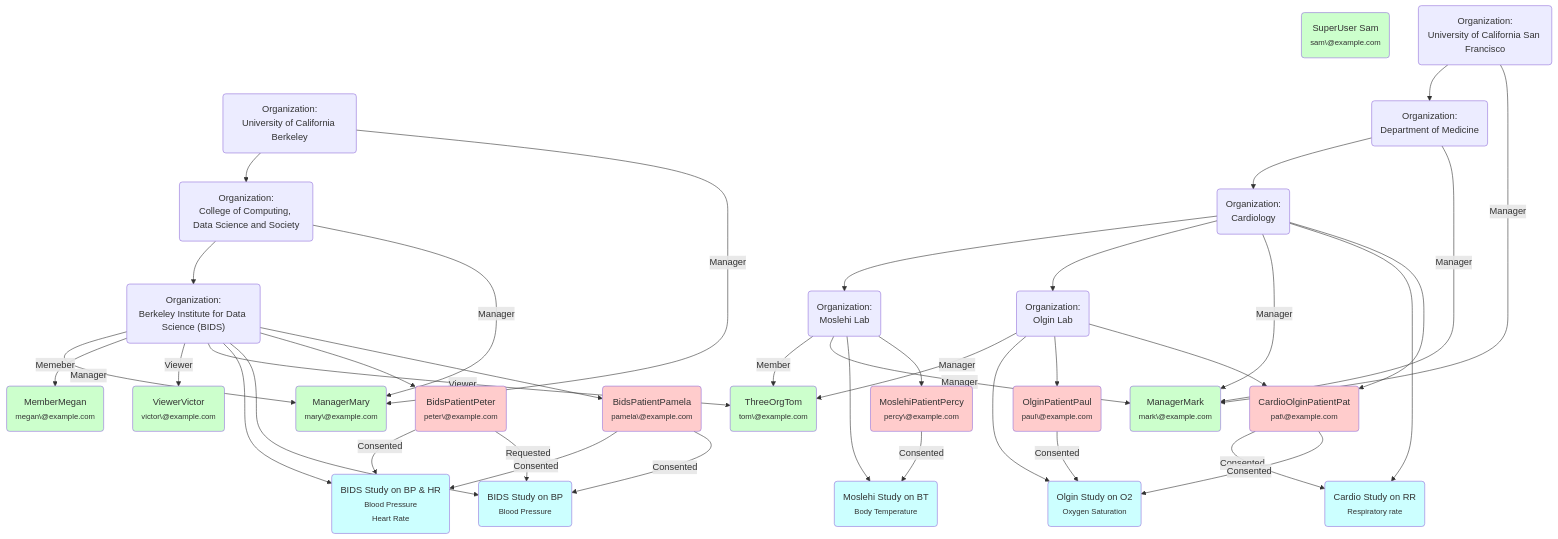
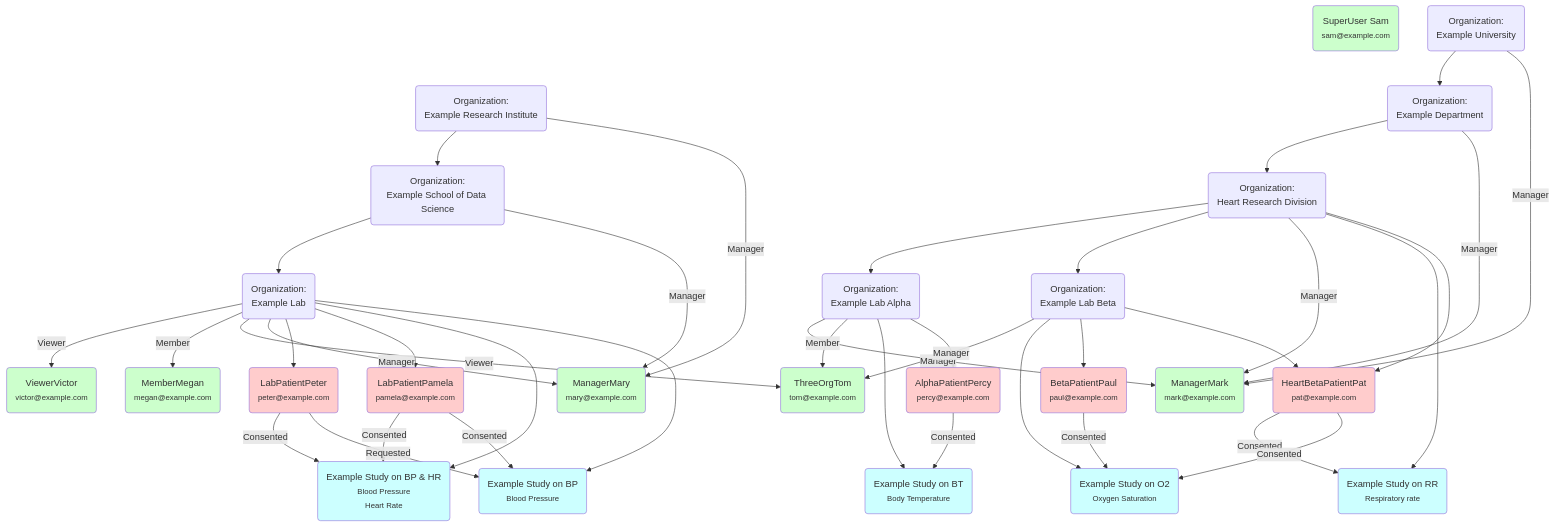
One commit to jupyterhealth/jupyterhealth-exchange changed the first of 2 diagrams in README.md. Above: the diagram before and after it, drawn with Mermaid. The commit also changed other lines of this file and 1 other file, not shown here.

Commit message:
docs: update README test data diagram to match updated seed (#341)
* docs: update mermaid diagram and references to match updated seed data

- Replace old university/institute names with example names in diagram
- Update org hierarchy, study names, and patient labels
- Fix 'Memeber' typo to 'Member'
- Remove backslash escaping on @ in email addresses
- Restructure diagram for improved layout and readability
- Update Iglu Test Data and Test Procedure sections

Closes #317

* [pre-commit.ci] auto fixes from pre-commit.com hooks

for more information, see https://pre-commit.ci

---------

````diff
--- a/README.md
+++ b/README.md
@@ -179,75 +179,101 @@
 ```mermaid
+---
+config:
+  flowchart:
+    nodeSpacing: 50
+    rankSpacing: 60
+---
 flowchart TD
-    sam("SuperUser Sam<br/><small>sam\@example.com</small>")
+    %% node definitions
+    sam("SuperUser Sam<br/><small>sam@example.com</small>")
+    eri("Organization:<br/>Example Research Institute")
+    esds("Organization:<br/>Example School of Data Science")
+    eglab("Organization:<br/>Example Lab")
+    victor("ViewerVictor<br/><small>victor@example.com</small>")
+    megan("MemberMegan<br/><small>megan@example.com</small>")
+    mary("ManagerMary<br/><small>mary@example.com</small>")
+    tom("ThreeOrgTom<br/><small>tom@example.com</small>")
+    exStudyOnBPHR("Example Study on BP & HR<br/><small>Blood Pressure<br/>Heart Rate</small>")
+    exStudyOnBP("Example Study on BP<br/><small>Blood Pressure</small>")
+    peter("LabPatientPeter<br/><small>peter@example.com</small>")
+    pamela("LabPatientPamela<br/><small>pamela@example.com</small>")
+    eguni("Organization:<br/>Example University")
+    med("Organization:<br/>Example Department")
+    cardio("Organization:<br/>Heart Research Division")
+    mosl("Organization:<br/>Example Lab Alpha")
+    beta("Organization:<br/>Example Lab Beta")
+    mark("ManagerMark<br/><small>mark@example.com</small>")
+    exStudyOnRR("Example Study on RR<br/><small>Respiratory rate</small>")
+    exStudyOnBT("Example Study on BT<br/><small>Body Temperature</small>")
+    exStudyOnO2("Example Study on O2<br/><small>Oxygen Saturation</small>")
+    percy("AlphaPatientPercy<br/><small>percy@example.com</small>")
+    paul("BetaPatientPaul<br/><small>paul@example.com</small>")
+    pat("HeartBetaPatientPat<br/><small>pat@example.com</small>")
+
+    %% styles
     style sam fill:#CFC
+    style mary fill:#CFC
+    style megan fill:#CFC
+    style victor fill:#CFC
+    style tom fill:#CFC
+    style mark fill:#CFC
+    style exStudyOnBPHR fill:#CFF
+    style exStudyOnBP fill:#CFF
+    style exStudyOnRR fill:#CFF
+    style exStudyOnBT fill:#CFF
+    style exStudyOnO2 fill:#CFF
+    style peter fill:#FCC
+    style pamela fill:#FCC
+    style percy fill:#FCC
+    style paul fill:#FCC
+    style pat fill:#FCC
 
-    %% berkeley
-    ucb("Organization:<br/>University of California Berkeley") --> ccdss("Organization:<br/>College of Computing, Data Science and Society")
-    ccdss --> bids("Organization:<br/>Berkeley Institute for Data Science (BIDS)")
+    %% example institute org hierarchy
+    eri --> esds
+    esds --> eglab
 
-    %% berkeley users
-    ucb --Manager--> mary("ManagerMary<br/><small>mary\@example.com</small>")
-    style mary fill:#CFC
-    ccdss --Manager--> mary
-    bids --Manager--> mary
-    bids --Memeber--> megan("MemberMegan<br/><small>megan\@example.com</small>")
-    style megan fill:#CFC
-    bids --Viewer--> victor("ViewerVictor<br/><small>victor\@example.com</small>")
-    style victor fill:#CFC
-    tom("ThreeOrgTom<br/><small>tom\@example.com</small>")
-    bids --Viewer--> tom
-    style tom fill:#CFC
+    %% example institute user roles
+    eri -- Manager --> mary
+    esds -- Manager --> mary
+    eglab -- Viewer --> victor
+    eglab -- Member --> megan
+    eglab -- Viewer --> tom
+    eglab -- Manager --> mary
 
-    %% berkeley studies
-    bids --> bidsStudyOnBPHR("BIDS Study on BP & HR<br/><small>Blood Pressure<br/>Heart Rate</small>")
-    style bidsStudyOnBPHR fill:#CFF
-    bids --> bidsStudyOnBP("BIDS Study on BP<br/><small>Blood Pressure </small>")
-    style bidsStudyOnBP fill:#CFF
+    %% example institute studies & patients
+    eglab --> peter
+    eglab --> pamela
+    eglab --> exStudyOnBPHR
+    eglab --> exStudyOnBP
+    peter -- Consented --> exStudyOnBPHR
+    peter -- Requested --> exStudyOnBP
+    pamela -- Consented --> exStudyOnBPHR
+    pamela -- Consented --> exStudyOnBP
 
-    %% berkeley patients
-    bids --> peter("BidsPatientPeter<br/><small>peter\@example.com</small>")
-    style peter fill:#FCC
-    peter --Consented--> bidsStudyOnBPHR
-    peter --Requested--> bidsStudyOnBP
-    pamela("BidsPatientPamela<br/><small>pamela\@example.com</small>")
-    style pamela fill:#FCC
-    bids --> pamela
-    pamela --Consented--> bidsStudyOnBPHR
-    pamela --Consented--> bidsStudyOnBP
+    %% example university org hierarchy
+    eguni --> med
+    med --> cardio
+    cardio --> mosl
+    cardio --> beta
 
-    %% ucsf
-    ucsf("Organization:<br/>University of California San Francisco") --> med("Organization:<br/>Department of Medicine")
-    med --> cardio("Organization:<br/>Cardiology")
-    cardio --> moslehi("Organization:<br/>Moslehi Lab")
-    cardio --> olgin("Organization:<br/>Olgin Lab")
+    %% example university user roles
+    eguni -- Manager --> mark
+    med -- Manager --> mark
+    cardio -- Manager --> mark
+    mosl -- Manager --> mark
+    mosl -- Member --> tom
+    beta -- Manager --> tom
 
-    %% ucsf users
-    ucsf --Manager-->mark("ManagerMark<br/><small>mark\@example.com</small>")
-    style mark fill:#CFC
-    med --Manager--> mark
-    cardio --Manager--> mark
-    moslehi --Member--> tom
-    moslehi --Manager-->mark
-    olgin --Manager--> tom
-
-    %% ucsf studies
-    cardio --> cardioStudyOnRR("Cardio Study on RR<br/><small>Respiratory rate</small>")
-    style cardioStudyOnRR fill:#CFF
-    moslehi --> moslehiStudyOnBT("Moslehi Study on BT<br/><small>Body Temperature</small>")
-    style moslehiStudyOnBT fill:#CFF
-    olgin --> olginStudyOnO2("Olgin Study on O2<br/><small>Oxygen Saturation</small>")
-    style olginStudyOnO2 fill:#CFF
-
-    %% ucsf patients
-    moslehi --> percy("MoslehiPatientPercy<br/><small>percy\@example.com</small>")
-    style percy fill:#FCC
-    percy --Consented--> moslehiStudyOnBT
-    olgin --> paul("OlginPatientPaul<br/><small>paul\@example.com</small>")
-    style paul fill:#FCC
-    paul --Consented--> olginStudyOnO2
-    cardio --> pat("CardioOlginPatientPat<br/><small>pat\@example.com</small>")
-    style pat fill:#FCC
-    pat --Consented--> cardioStudyOnRR
-    pat --Consented--> olginStudyOnO2
-    olgin --> pat
+    %% example university studies & patients
+    cardio --> exStudyOnRR
+    mosl --> exStudyOnBT
+    beta --> exStudyOnO2
+    mosl --> percy
+    beta --> paul
+    cardio --> pat
+    beta --> pat
+    percy -- Consented --> exStudyOnBT
+    paul -- Consented --> exStudyOnO2
+    pat -- Consented --> exStudyOnRR
+    pat -- Consented --> exStudyOnO2
 ```
````
